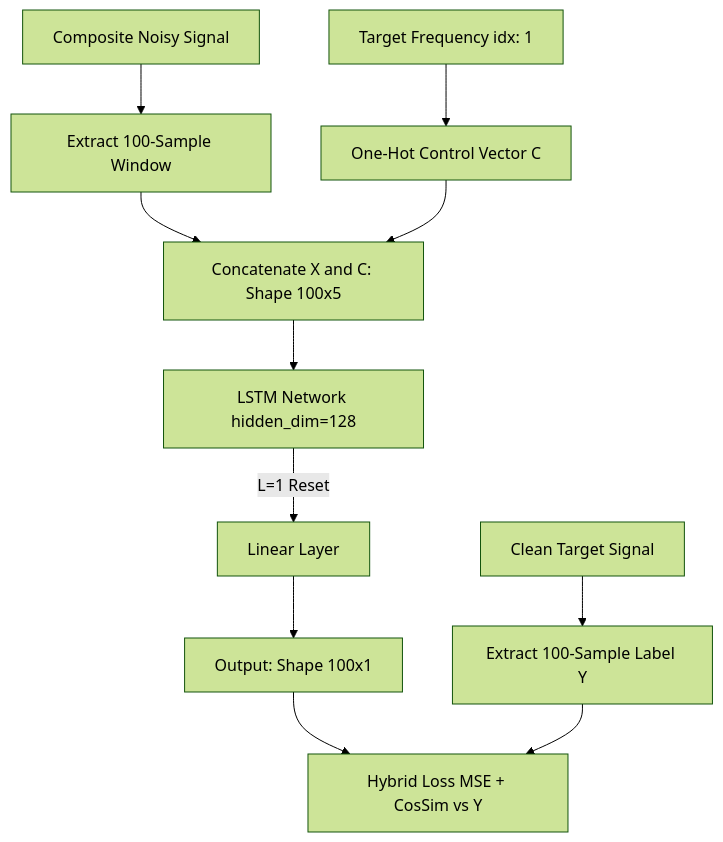
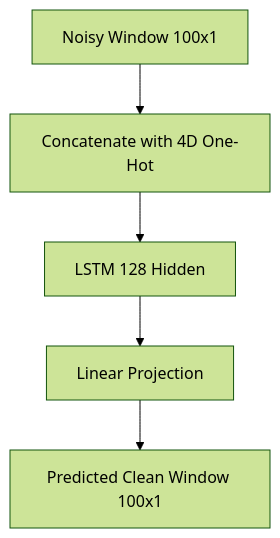
Before and after one commit to kobylev/L50-Homework: the diagram in README.md, drawn with Mermaid (forest theme). The commit also changed other lines of this file and 6 other files, not shown here.

Commit message:
Add agent empirical changes (Hybrid Loss, Ablation Study)

````diff
--- a/README.md
+++ b/README.md
@@ -41,13 +31,7 @@
 ```mermaid
 graph TD
-    A[Composite Noisy Signal] --> B[Extract 100-Sample Window]
-    C[Target Frequency idx: 1] --> D[One-Hot Control Vector C]
-    B --> E[Concatenate X and C: Shape 100x5]
-    D --> E
-    E --> F[LSTM Network hidden_dim=128]
-    F -->|L=1 Reset| G[Linear Layer]
-    G --> H[Output: Shape 100x1]
-    I[Clean Target Signal] --> J[Extract 100-Sample Label Y]
-    H --> K[Hybrid Loss MSE + CosSim vs Y]
-    J --> K
+    A[Noisy Window 100x1] --> C[Concatenate with 4D One-Hot]
+    C --> D[LSTM 128 Hidden]
+    D --> E[Linear Projection]
+    E --> F[Predicted Clean Window 100x1]
 ```
````
